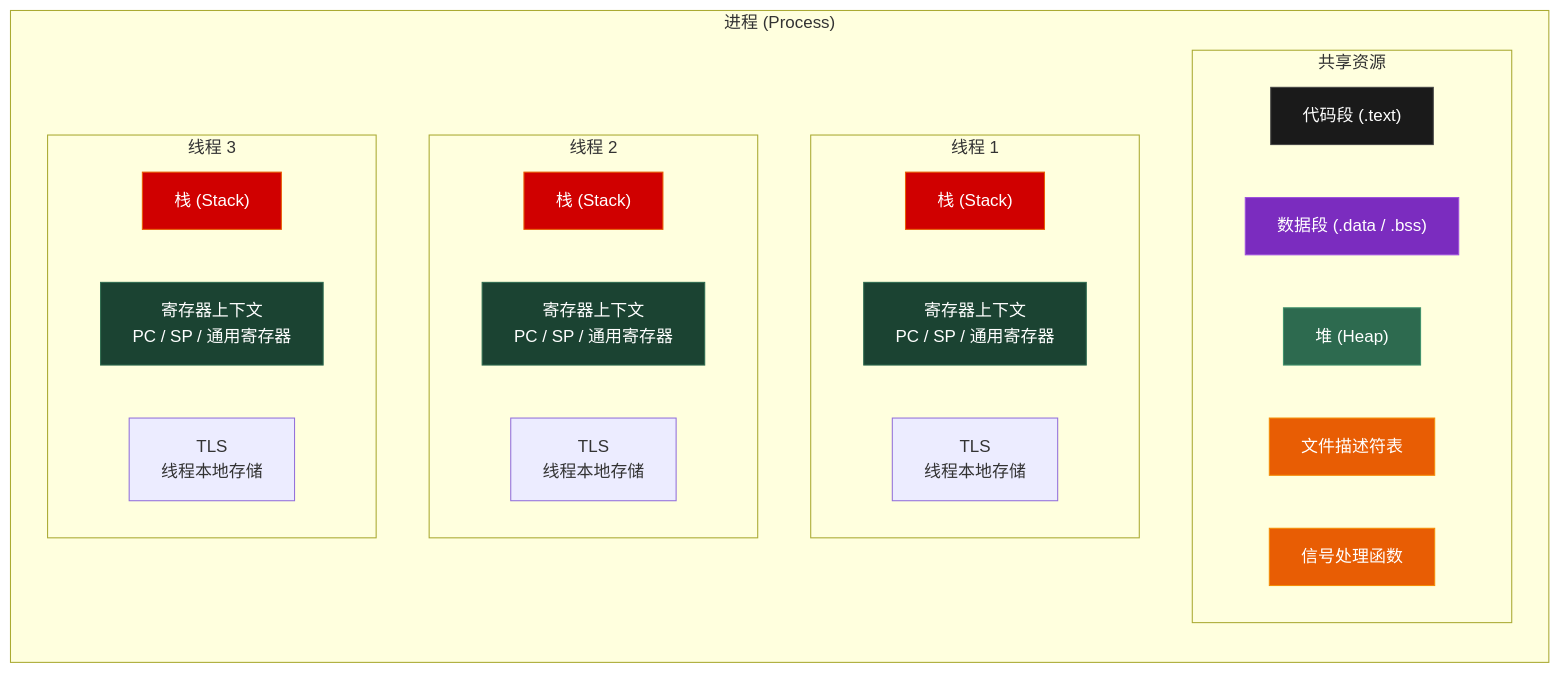
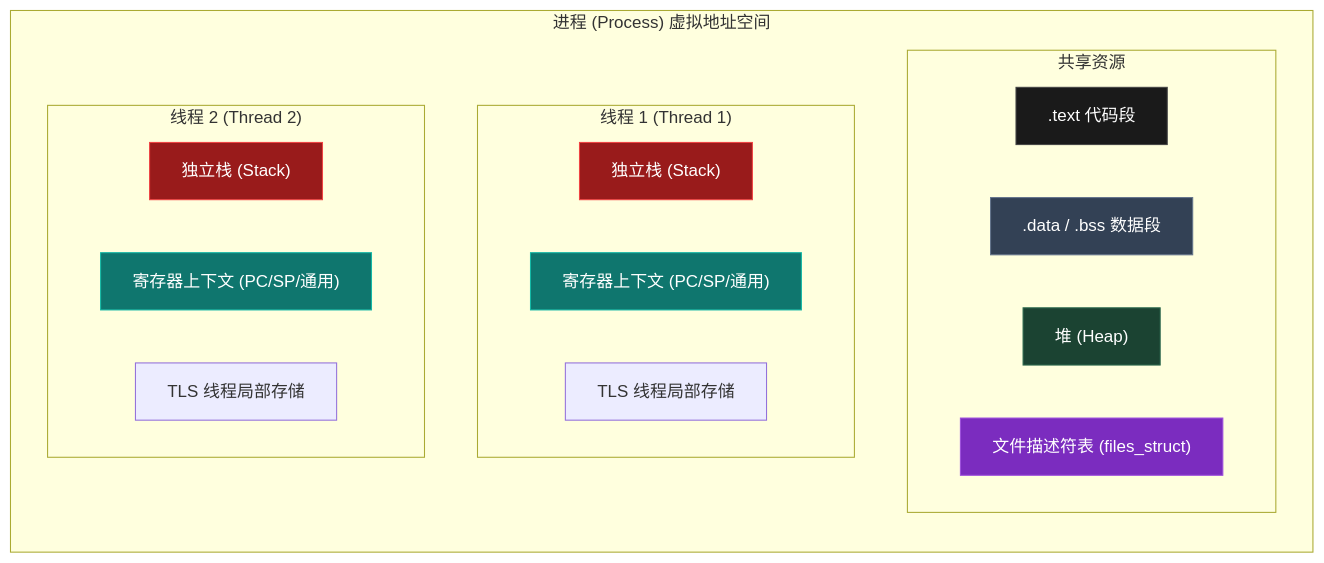
Before and after one commit to Lumivers/firefly: the first of 4 diagrams in src/content/posts/os/01_process_and_thread.md, drawn with Mermaid. The commit also changed other lines of this file and 39 other files, not shown here.

````diff
--- a/src/content/posts/os/01_process_and_thread.md
+++ b/src/content/posts/os/01_process_and_thread.md
@@ -134,40 +47,31 @@
 ```mermaid
 graph TB
-    subgraph "进程 (Process)"
+    subgraph "进程 (Process) 虚拟地址空间"
         direction TB
         subgraph "共享资源"
-            code["代码段 (.text)"]
-            data["数据段 (.data / .bss)"]
+            code[".text 代码段"]
+            data[".data / .bss 数据段"]
             heap["堆 (Heap)"]
-            fd["文件描述符表"]
-            sig["信号处理函数"]
+            fd["文件描述符表 (files_struct)"]
         end
-        subgraph "线程 1"
-            s1["栈 (Stack)"]
-            r1["寄存器上下文\nPC / SP / 通用寄存器"]
-            tls1["TLS\n线程本地存储"]
+        subgraph "线程 1 (Thread 1)"
+            s1["独立栈 (Stack)"]
+            r1["寄存器上下文 (PC/SP/通用)"]
+            tls1["TLS 线程局部存储"]
         end
-        subgraph "线程 2"
-            s2["栈 (Stack)"]
-            r2["寄存器上下文\nPC / SP / 通用寄存器"]
-            tls2["TLS\n线程本地存储"]
-        end
-        subgraph "线程 3"
-            s3["栈 (Stack)"]
-            r3["寄存器上下文\nPC / SP / 通用寄存器"]
-            tls3["TLS\n线程本地存储"]
+        subgraph "线程 2 (Thread 2)"
+            s2["独立栈 (Stack)"]
+            r2["寄存器上下文 (PC/SP/通用)"]
+            tls2["TLS 线程局部存储"]
         end
     end
 
     style code fill:#1a1a1a,stroke:#444,color:white
-    style data fill:#7b2cbf,stroke:#9d4edd,color:white
-    style heap fill:#2d6a4f,stroke:#40916c,color:white
-    style fd fill:#e85d04,stroke:#f48c06,color:white
-    style sig fill:#e85d04,stroke:#f48c06,color:white
-    style s1 fill:#d00000,stroke:#e85d04,color:white
-    style s2 fill:#d00000,stroke:#e85d04,color:white
-    style s3 fill:#d00000,stroke:#e85d04,color:white
-    style r1 fill:#1b4332,stroke:#2d6a4f,color:white
-    style r2 fill:#1b4332,stroke:#2d6a4f,color:white
-    style r3 fill:#1b4332,stroke:#2d6a4f,color:white
+    style data fill:#334155,stroke:#64748b,color:white
+    style heap fill:#1b4332,stroke:#2d6a4f,color:white
+    style fd fill:#7b2cbf,stroke:#9d4edd,color:white
+    style s1 fill:#991b1b,stroke:#ef4444,color:white
+    style s2 fill:#991b1b,stroke:#ef4444,color:white
+    style r1 fill:#0f766e,stroke:#14b8a6,color:white
+    style r2 fill:#0f766e,stroke:#14b8a6,color:white
 ```
````
